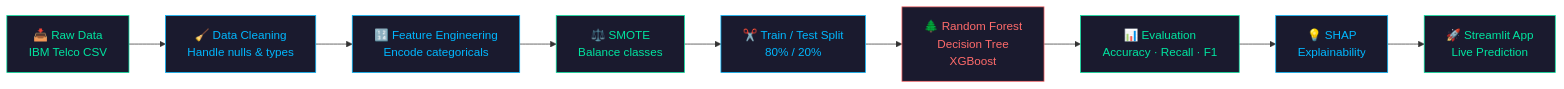
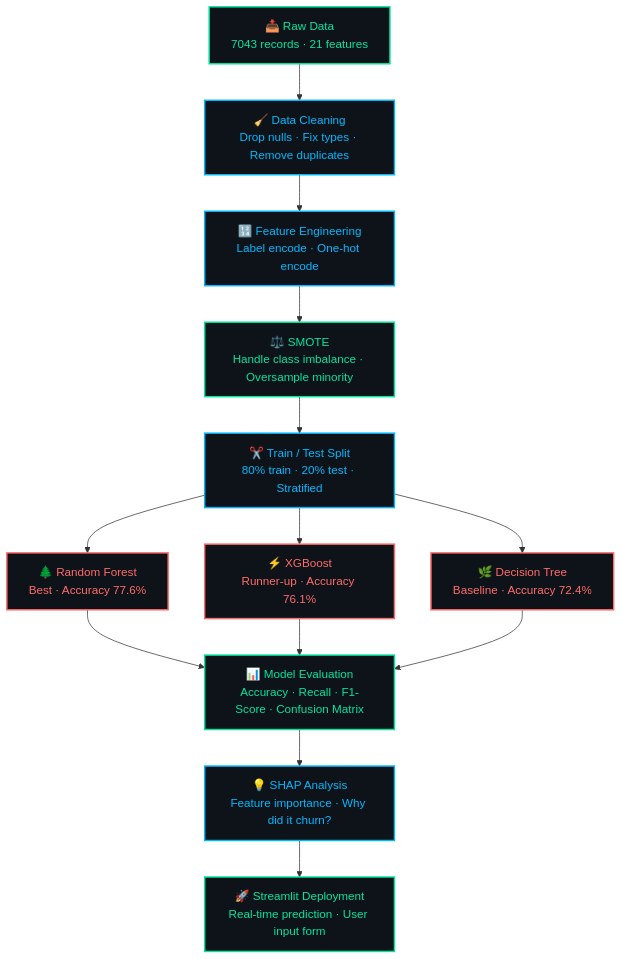
The diagram in README.md (Kulsum0580/customer-churn-prediction), drawn with Mermaid before and after one commit.

````diff
--- a/README.md
+++ b/README.md
@@ -29,21 +29,27 @@
 ```mermaid
-flowchart LR
-    A[📥 Raw Data\nIBM Telco CSV] --> B[🧹 Data Cleaning\nHandle nulls & types]
-    B --> C[🔢 Feature Engineering\nEncode categoricals]
-    C --> D[⚖️ SMOTE\nBalance classes]
-    D --> E[✂️ Train / Test Split\n80% / 20%]
-    E --> F[🌲 Random Forest\nDecision Tree\nXGBoost]
-    F --> G[📊 Evaluation\nAccuracy · Recall · F1]
-    G --> H[💡 SHAP\nExplainability]
-    H --> I[🚀 Streamlit App\nLive Prediction]
+flowchart TD
+    A[📥 Raw Data\n7043 records · 21 features] --> B[🧹 Data Cleaning\nDrop nulls · Fix types · Remove duplicates]
+    B --> C[🔢 Feature Engineering\nLabel encode · One-hot encode]
+    C --> D[⚖️ SMOTE\nHandle class imbalance · Oversample minority]
+    D --> E[✂️ Train / Test Split\n80% train · 20% test · Stratified]
+    E --> F1[🌲 Random Forest\nBest · Accuracy 77.6%]
+    E --> F2[⚡ XGBoost\nRunner-up · Accuracy 76.1%]
+    E --> F3[🌿 Decision Tree\nBaseline · Accuracy 72.4%]
+    F1 --> G[📊 Model Evaluation\nAccuracy · Recall · F1-Score · Confusion Matrix]
+    F2 --> G
+    F3 --> G
+    G --> H[💡 SHAP Analysis\nFeature importance · Why did it churn?]
+    H --> I[🚀 Streamlit Deployment\nReal-time prediction · User input form]
 
-    style A fill:#1a1a2e,color:#00e5a0,stroke:#00e5a0
-    style B fill:#1a1a2e,color:#00b8ff,stroke:#00b8ff
-    style C fill:#1a1a2e,color:#00b8ff,stroke:#00b8ff
-    style D fill:#1a1a2e,color:#00e5a0,stroke:#00e5a0
-    style E fill:#1a1a2e,color:#00b8ff,stroke:#00b8ff
-    style F fill:#1a1a2e,color:#ff6b6b,stroke:#ff6b6b
-    style G fill:#1a1a2e,color:#00e5a0,stroke:#00e5a0
-    style H fill:#1a1a2e,color:#00b8ff,stroke:#00b8ff
-    style I fill:#1a1a2e,color:#00e5a0,stroke:#00e5a0
+    style A fill:#0e1319,color:#00e5a0,stroke:#00e5a0,stroke-width:2px
+    style B fill:#0e1319,color:#00b8ff,stroke:#00b8ff,stroke-width:2px
+    style C fill:#0e1319,color:#00b8ff,stroke:#00b8ff,stroke-width:2px
+    style D fill:#0e1319,color:#00e5a0,stroke:#00e5a0,stroke-width:2px
+    style E fill:#0e1319,color:#00b8ff,stroke:#00b8ff,stroke-width:2px
+    style F1 fill:#0e1319,color:#ff6b6b,stroke:#ff6b6b,stroke-width:2px
+    style F2 fill:#0e1319,color:#ff6b6b,stroke:#ff6b6b,stroke-width:2px
+    style F3 fill:#0e1319,color:#ff6b6b,stroke:#ff6b6b,stroke-width:2px
+    style G fill:#0e1319,color:#00e5a0,stroke:#00e5a0,stroke-width:2px
+    style H fill:#0e1319,color:#00b8ff,stroke:#00b8ff,stroke-width:2px
+    style I fill:#0e1319,color:#00e5a0,stroke:#00e5a0,stroke-width:2px
 ```
````
